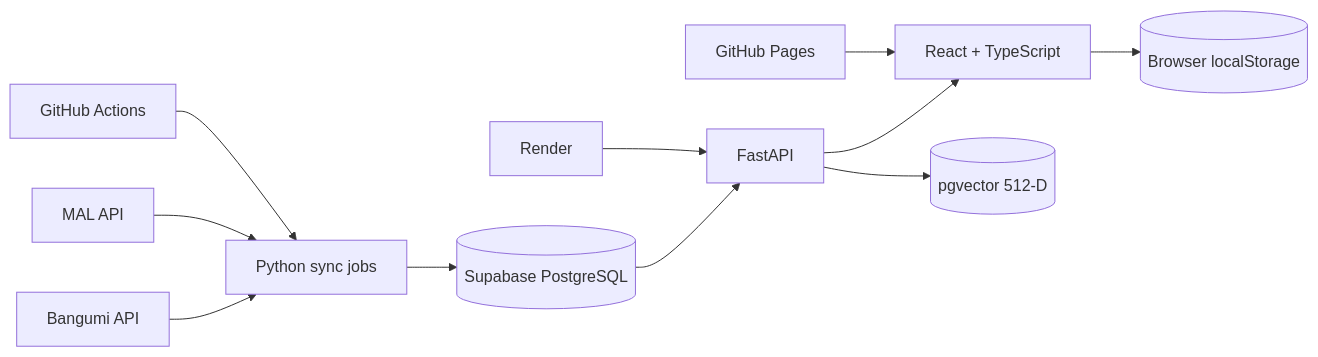
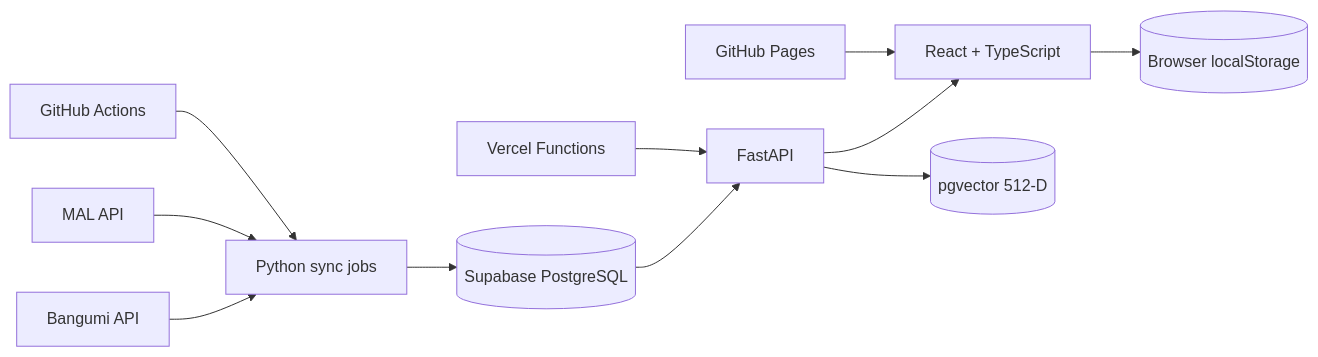
Before and after one commit to XifanZz/anime-oscilloscope: the diagram in README.md, drawn with Mermaid. The commit also changed other lines of this file and 6 other files, not shown here.

````diff
--- a/README.md
+++ b/README.md
@@ -38,13 +38,13 @@
 ```mermaid
 flowchart LR
   B[Bangumi API] --> J[Python sync jobs]
   M[MAL API] --> J
   J --> S[(Supabase PostgreSQL)]
   S --> A[FastAPI]
   A --> W[React + TypeScript]
   A --> V[(pgvector 512-D)]
   W --> L[(Browser localStorage)]
   G[GitHub Actions] --> J
   P[GitHub Pages] --> W
-  R[Render] --> A
+  R[Vercel Functions] --> A
 ```
````
